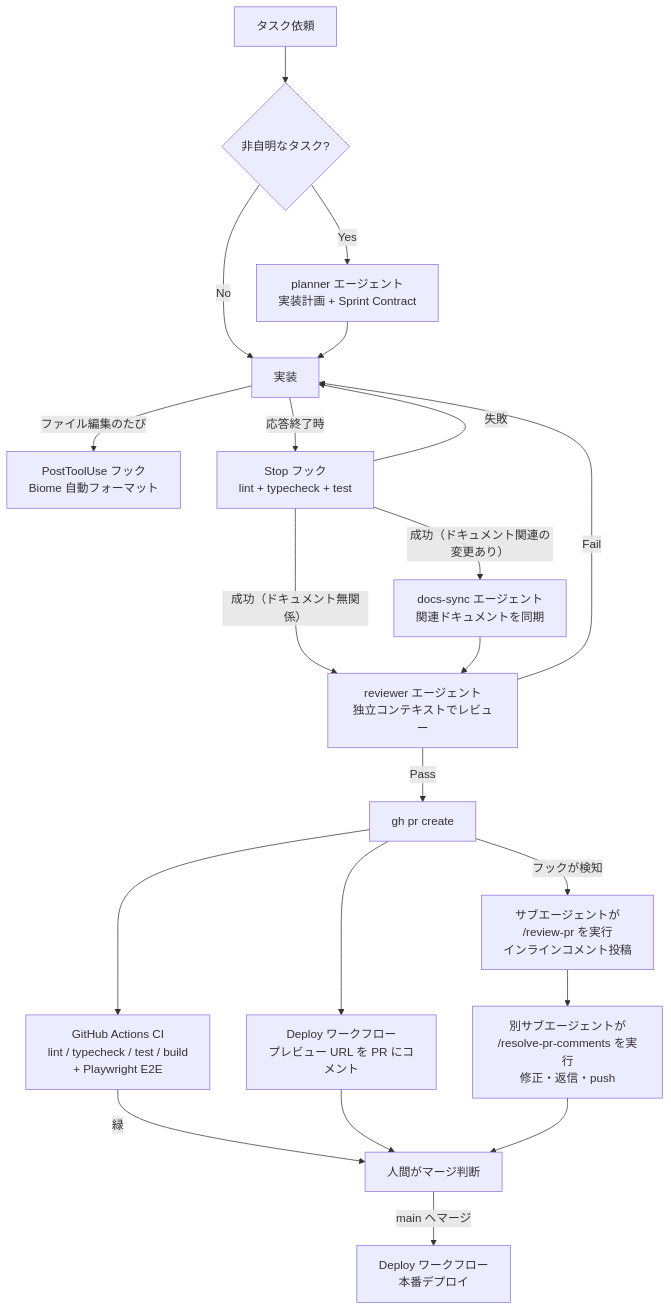
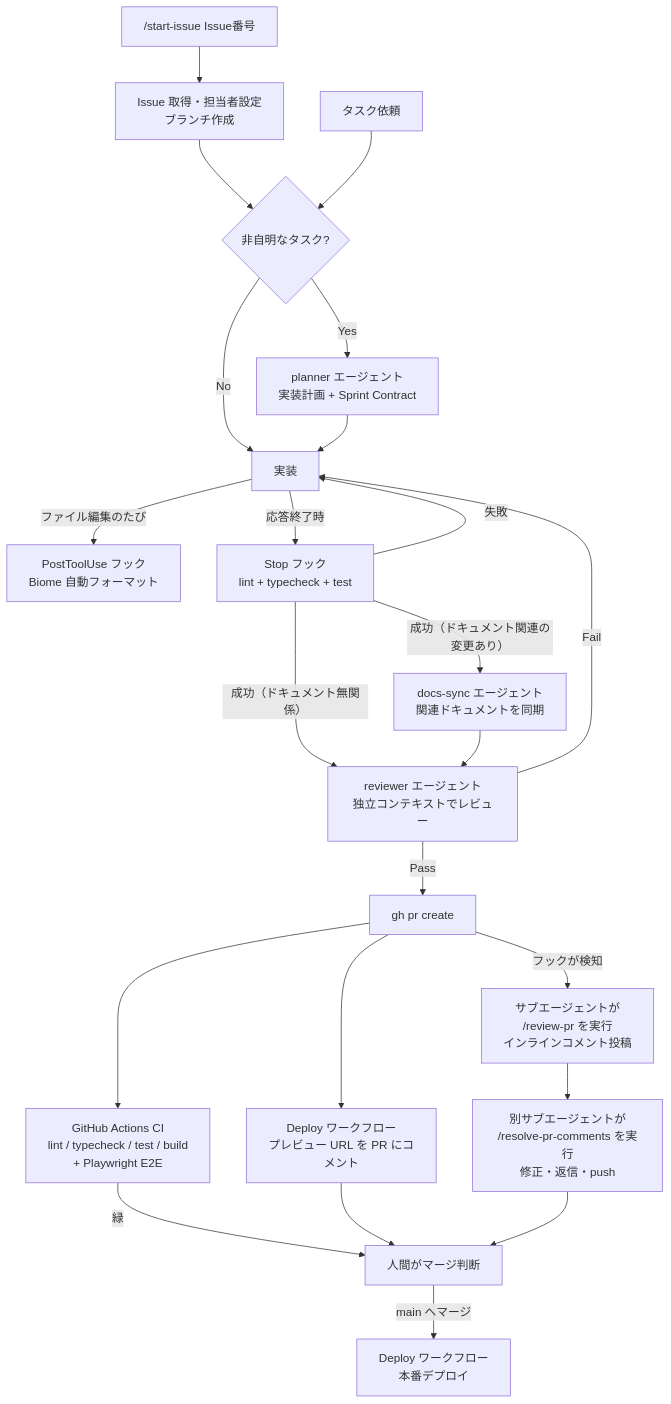
Before and after one commit to Suemura/client-side-image-converter: the diagram in docs/HARNESS.md, drawn with Mermaid. The commit also changed other lines of this file and 5 other files, not shown here.

First line of the commit message:
/start-issue コマンドを追加（Issue 起点でハーネス全体を自走させる入口）

````diff
--- a/docs/HARNESS.md
+++ b/docs/HARNESS.md
@@ -8,23 +8,25 @@
 ```mermaid
 flowchart TD
+    S["/start-issue Issue番号"] --> S2[Issue 取得・担当者設定<br>ブランチ作成]
+    S2 --> B
     A[タスク依頼] --> B{非自明なタスク?}
     B -- Yes --> C[planner エージェント<br>実装計画 + Sprint Contract]
     B -- No --> D[実装]
     C --> D
     D -- ファイル編集のたび --> E[PostToolUse フック<br>Biome 自動フォーマット]
     D -- 応答終了時 --> F[Stop フック<br>lint + typecheck + test]
     F -- 失敗 --> D
     F -- 成功（ドキュメント関連の変更あり） --> N[docs-sync エージェント<br>関連ドキュメントを同期]
     F -- 成功（ドキュメント無関係） --> G[reviewer エージェント<br>独立コンテキストでレビュー]
     N --> G
     G -- Fail --> D
     G -- Pass --> H[gh pr create]
     H -- フックが検知 --> I[サブエージェントが<br>/review-pr を実行<br>インラインコメント投稿]
     I --> J[別サブエージェントが<br>/resolve-pr-comments を実行<br>修正・返信・push]
     H --> K[GitHub Actions CI<br>lint / typecheck / test / build<br>+ Playwright E2E]
     H --> P[Deploy ワークフロー<br>プレビュー URL を PR にコメント]
     K -- 緑 --> L[人間がマージ判断]
     P --> L
     J --> L
     L -- main へマージ --> M[Deploy ワークフロー<br>本番デプロイ]
 ```
````
